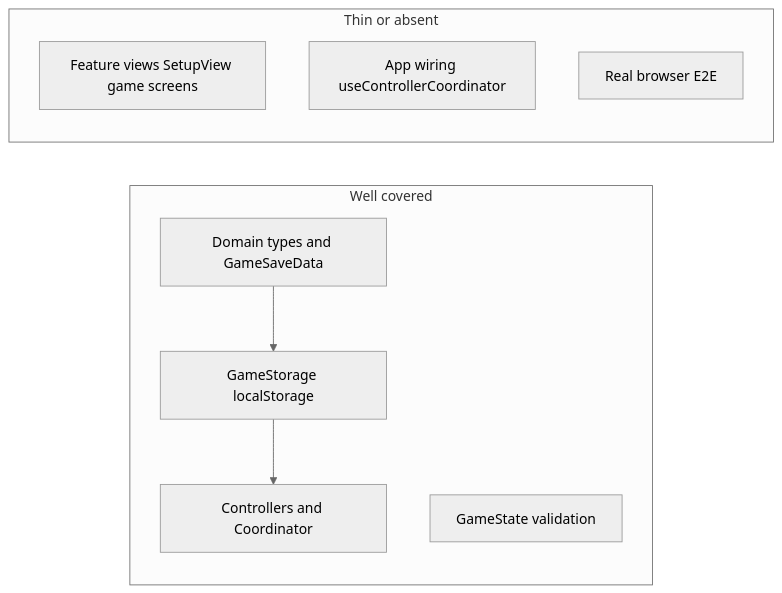
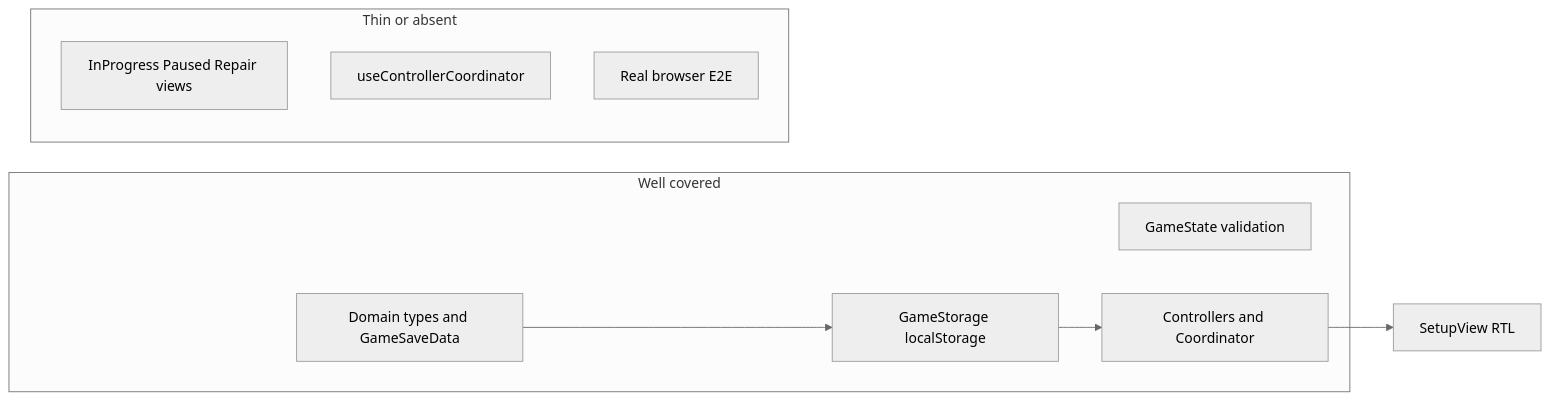
Before and after one commit to tallavi/catan-web: the diagram in .cursor/plans/test_suite_audit_54a0cca5.plan.md, drawn with Mermaid (neutral theme). The commit also changed other lines of this file and 1 other file, not shown here.

Commit message:
SetupView - added tests

````diff
--- a/.cursor/plans/test_suite_audit_54a0cca5.plan.md
+++ b/.cursor/plans/test_suite_audit_54a0cca5.plan.md
@@ -66,16 +79,18 @@
 ```mermaid
 flowchart LR
   subgraph covered [Well covered]
     domain[Domain types and GameSaveData]
     state[GameState validation]
     storage[GameStorage localStorage]
     ctrl[Controllers and Coordinator]
   end
   subgraph partial [Thin or absent]
-    views[Feature views SetupView game screens]
-    app[App wiring useControllerCoordinator]
+    otherViews[InProgress Paused Repair views]
+    appHook[useControllerCoordinator]
     e2e[Real browser E2E]
   end
+  setupView[SetupView RTL]
   domain --> storage
   storage --> ctrl
+  ctrl --> setupView
 ```
````
